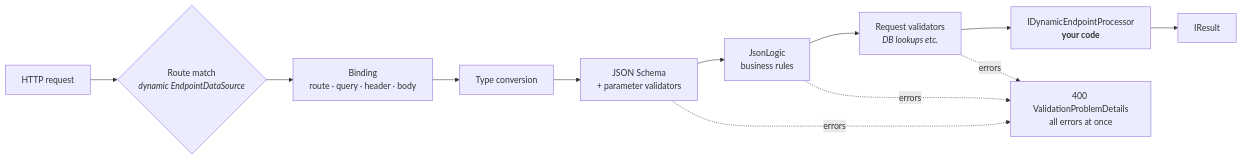
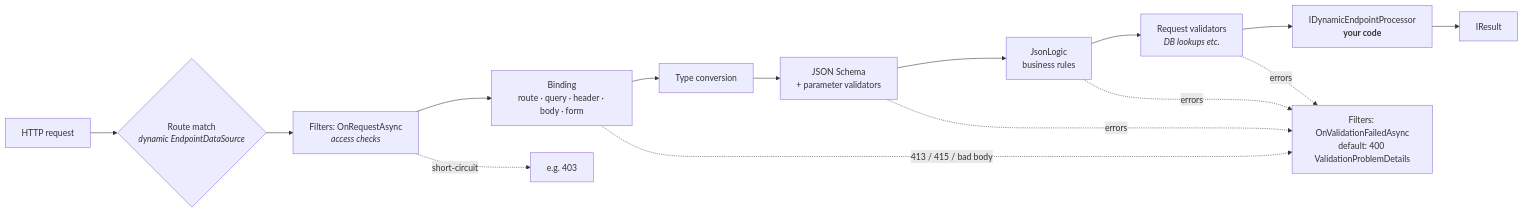
Before and after one commit to doctorspider42/dotnet-dynamic-endpoints: the first of 2 diagrams in README.md, drawn with Mermaid. The commit also changed other lines of this file and 44 other files, not shown here.

````diff
--- a/README.md
+++ b/README.md
@@ -146,14 +149,17 @@
 ```mermaid
 flowchart LR
     A[HTTP request] --> B{Route match<br/><i>dynamic EndpointDataSource</i>}
-    B --> C[Binding<br/>route · query · header · body]
+    B --> P[Filters: OnRequestAsync<br/><i>access checks</i>]
+    P --> C[Binding<br/>route · query · header · body · form]
     C --> D[Type conversion]
     D --> E[JSON Schema<br/>+ parameter validators]
     E --> F[JsonLogic<br/>business rules]
     F --> G[Request validators<br/><i>DB lookups etc.</i>]
     G --> H[IDynamicEndpointProcessor<br/><b>your code</b>]
     H --> I[IResult]
-    E -. errors .-> X[400 ValidationProblemDetails<br/>all errors at once]
+    P -. short-circuit .-> Y[e.g. 403]
+    C -. 413 / 415 / bad body .-> X
+    E -. errors .-> X[Filters: OnValidationFailedAsync<br/>default: 400 ValidationProblemDetails]
     F -. errors .-> X
     G -. errors .-> X
 ```
````
